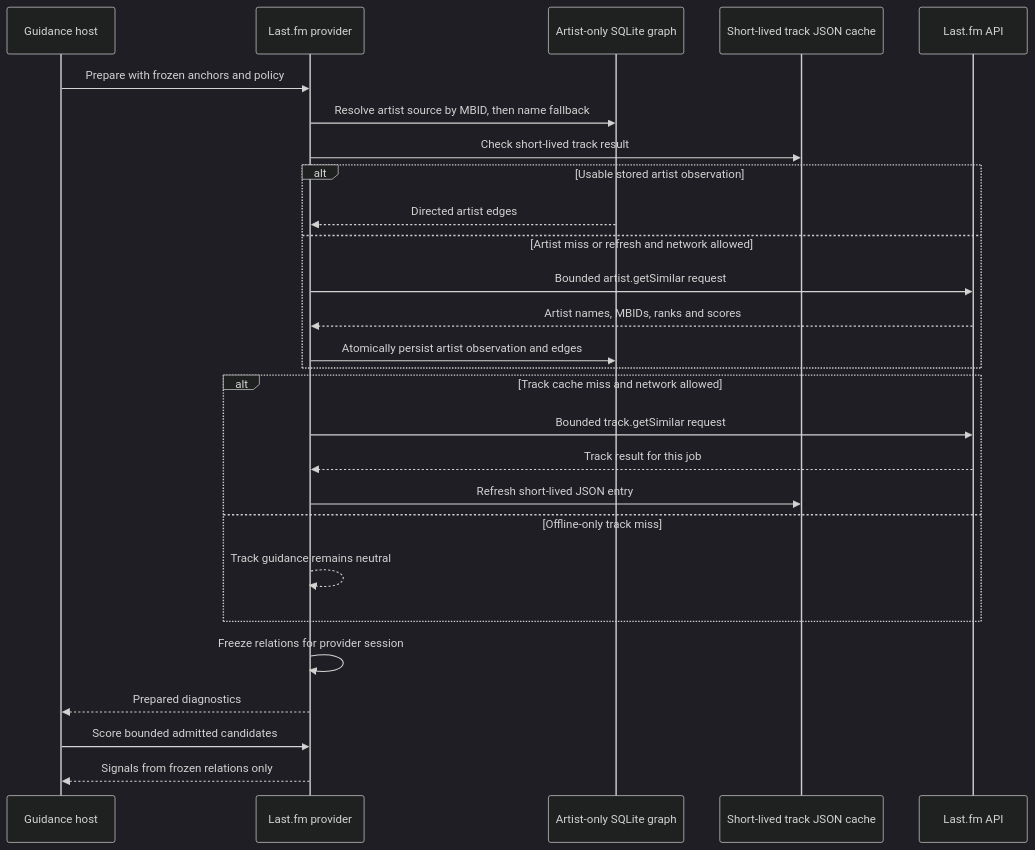
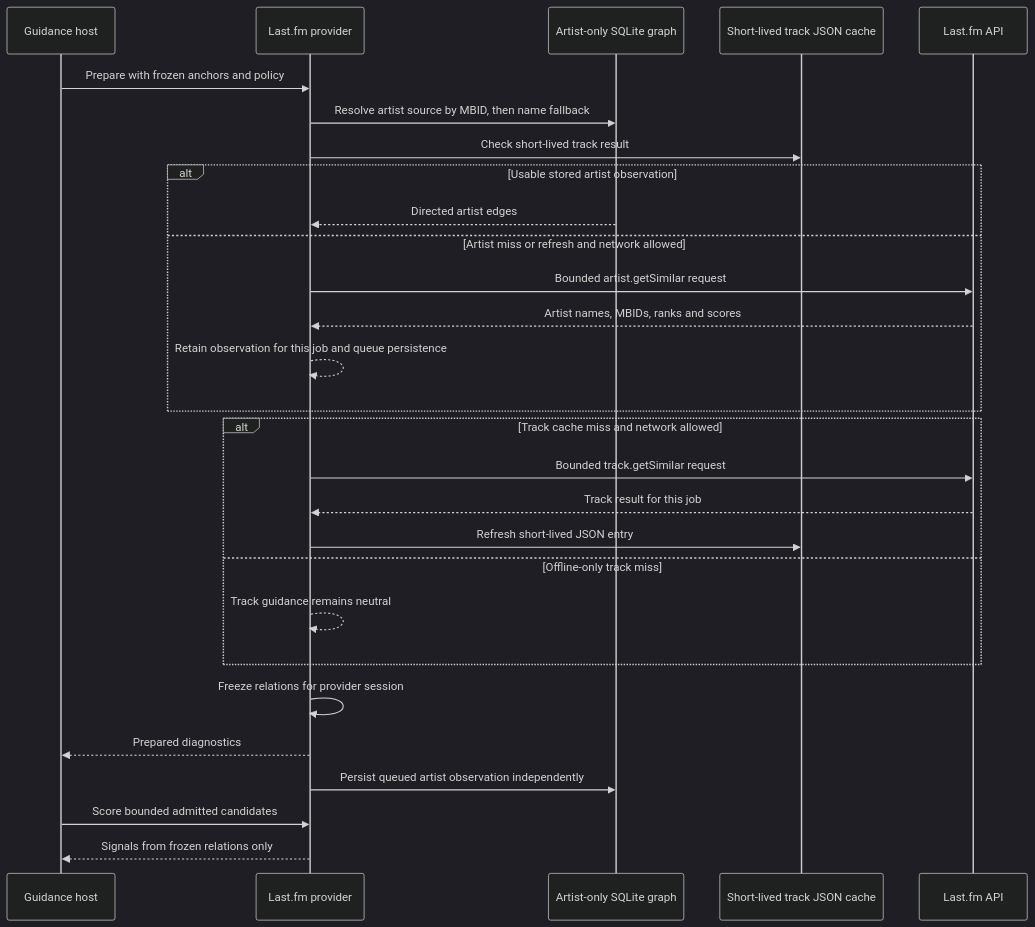
The second of 2 diagrams in LASTFM_OFFLINE_GUIDANCE_GRAPH_DESIGN.md (chrober/bliss-similarity-design), drawn with Mermaid (dark theme) before and after one commit. The commit also changed other lines of this file and 3 other files, not shown here.

````diff
--- a/LASTFM_OFFLINE_GUIDANCE_GRAPH_DESIGN.md
+++ b/LASTFM_OFFLINE_GUIDANCE_GRAPH_DESIGN.md
@@ -263,30 +283,31 @@
 ```mermaid
 sequenceDiagram
     participant H as Guidance host
     participant P as Last.fm provider
     participant DB as Artist-only SQLite graph
     participant TC as Short-lived track JSON cache
     participant LF as Last.fm API
 
     H->>P: Prepare with frozen anchors and policy
     P->>DB: Resolve artist source by MBID, then name fallback
     P->>TC: Check short-lived track result
     alt Usable stored artist observation
         DB-->>P: Directed artist edges
     else Artist miss or refresh and network allowed
         P->>LF: Bounded artist.getSimilar request
         LF-->>P: Artist names, MBIDs, ranks and scores
-        P->>DB: Atomically persist artist observation and edges
+        P-->>P: Retain observation for this job and queue persistence
     end
     alt Track cache miss and network allowed
         P->>LF: Bounded track.getSimilar request
         LF-->>P: Track result for this job
         P->>TC: Refresh short-lived JSON entry
     else Offline-only track miss
         P-->>P: Track guidance remains neutral
     end
     P->>P: Freeze relations for provider session
     P-->>H: Prepared diagnostics
+    P->>DB: Persist queued artist observation independently
     H->>P: Score bounded admitted candidates
     P-->>H: Signals from frozen relations only
 ```
````
